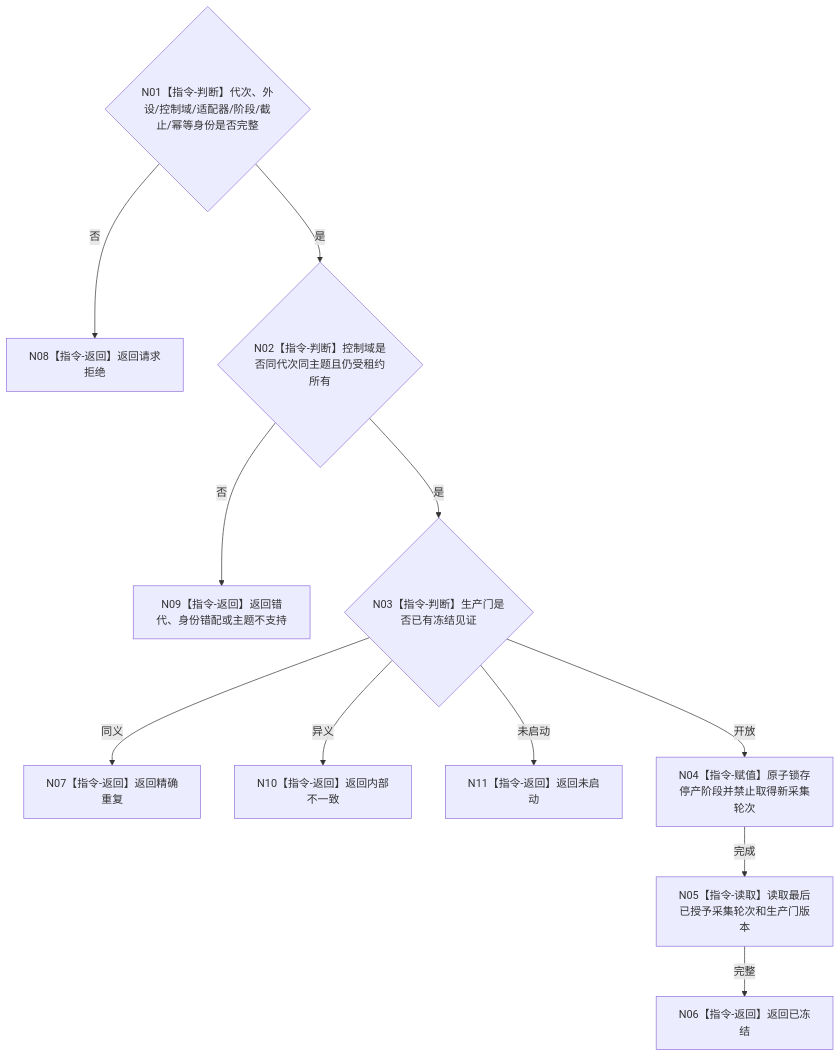
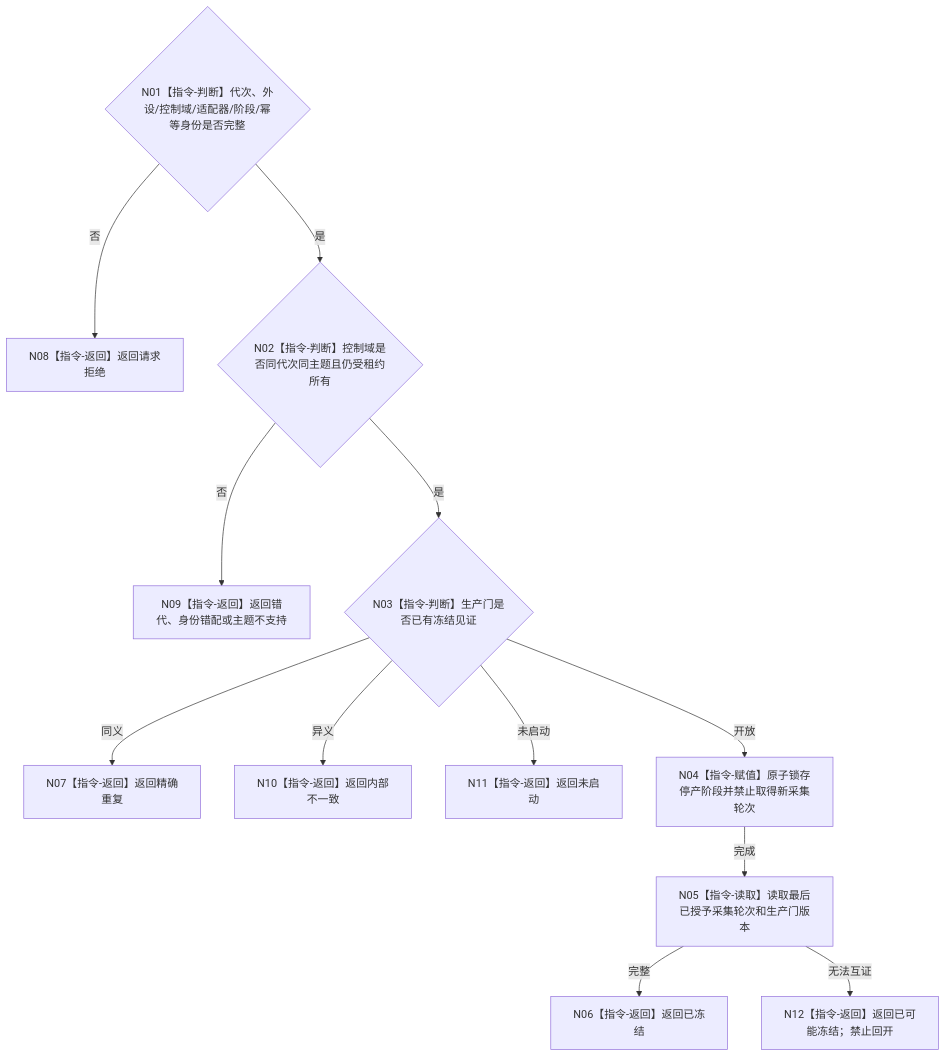
Before and after one commit to chunhaizh-cyber/HY-Ego: the diagram in 流程图/目标业务流程图/L4/BIZ-L4-001-13-01-01_冻结一个外设采集生产门_目标函数流程图_v0.1.md, drawn with Mermaid. The commit also changed other lines of this file and 28 other files, not shown here.

````diff
--- a/流程图/目标业务流程图/L4/BIZ-L4-001-13-01-01_冻结一个外设采集生产门_目标函数流程图_v0.1.md
+++ b/流程图/目标业务流程图/L4/BIZ-L4-001-13-01-01_冻结一个外设采集生产门_目标函数流程图_v0.1.md
@@ -30,13 +30,14 @@
 ```mermaid
 flowchart TD
- N01{"N01【指令-判断】代次、外设/控制域/适配器/阶段/截止/幂等身份是否完整"} -->|否| N08["N08【指令-返回】返回请求拒绝"]
+ N01{"N01【指令-判断】代次、外设/控制域/适配器/阶段/幂等身份是否完整"} -->|否| N08["N08【指令-返回】返回请求拒绝"]
  N01 -->|是| N02{"N02【指令-判断】控制域是否同代次同主题且仍受租约所有"}
  N02 -->|否| N09["N09【指令-返回】返回错代、身份错配或主题不支持"]
  N02 -->|是| N03{"N03【指令-判断】生产门是否已有冻结见证"}
  N03 -->|同义| N07["N07【指令-返回】返回精确重复"]
  N03 -->|异义| N10["N10【指令-返回】返回内部不一致"]
  N03 -->|未启动| N11["N11【指令-返回】返回未启动"]
  N03 -->|开放| N04["N04【指令-赋值】原子锁存停产阶段并禁止取得新采集轮次"]
  N04 -->|完成| N05["N05【指令-读取】读取最后已授予采集轮次和生产门版本"]
  N05 -->|完整| N06["N06【指令-返回】返回已冻结"]
+ N05 -->|无法互证| N12["N12【指令-返回】返回已可能冻结；禁止回开"]
 ```
````
